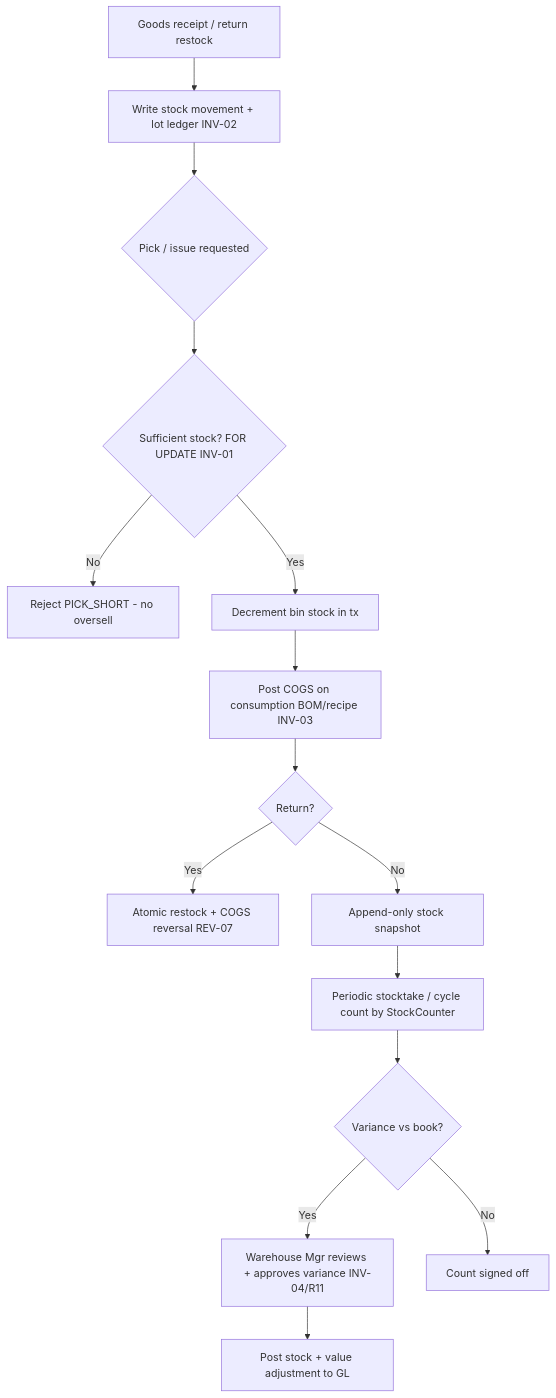
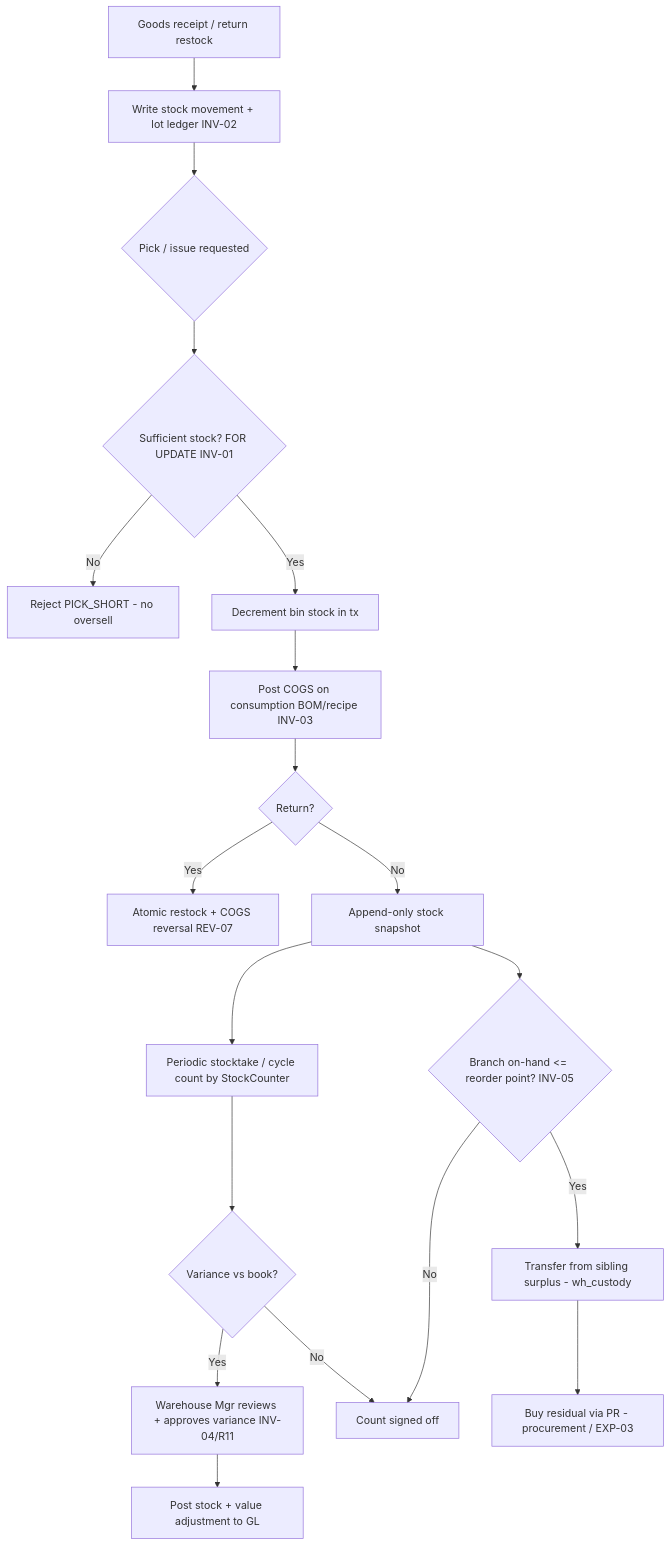
Before and after one commit to wayla69/invisibleERP: the diagram in docs/process-narratives/03-inventory-cogs.md, drawn with Mermaid. The commit also changed other lines of this file and 19 other files, not shown here.

````diff
--- a/docs/process-narratives/03-inventory-cogs.md
+++ b/docs/process-narratives/03-inventory-cogs.md
@@ -69,17 +70,21 @@
 ```mermaid
 flowchart TD
     A[Goods receipt / return restock] --> B[Write stock movement + lot ledger INV-02]
     B --> C{Pick / issue requested}
     C --> D{Sufficient stock? FOR UPDATE INV-01}
     D -- "No" --> D1[Reject PICK_SHORT - no oversell]
     D -- "Yes" --> E[Decrement bin stock in tx]
     E --> F[Post COGS on consumption BOM/recipe INV-03]
     F --> G{Return?}
     G -- "Yes" --> G1[Atomic restock + COGS reversal REV-07]
     G -- "No" --> H[Append-only stock snapshot]
     H --> I[Periodic stocktake / cycle count by StockCounter]
     I --> J{Variance vs book?}
     J -- "Yes" --> K[Warehouse Mgr reviews + approves variance INV-04/R11]
     K --> L[Post stock + value adjustment to GL]
     J -- "No" --> M[Count signed off]
+    H --> N{Branch on-hand <= reorder point? INV-05}
+    N -- "Yes" --> O[Transfer from sibling surplus - wh_custody]
+    O --> P[Buy residual via PR - procurement / EXP-03]
+    N -- "No" --> M
 ```
````
